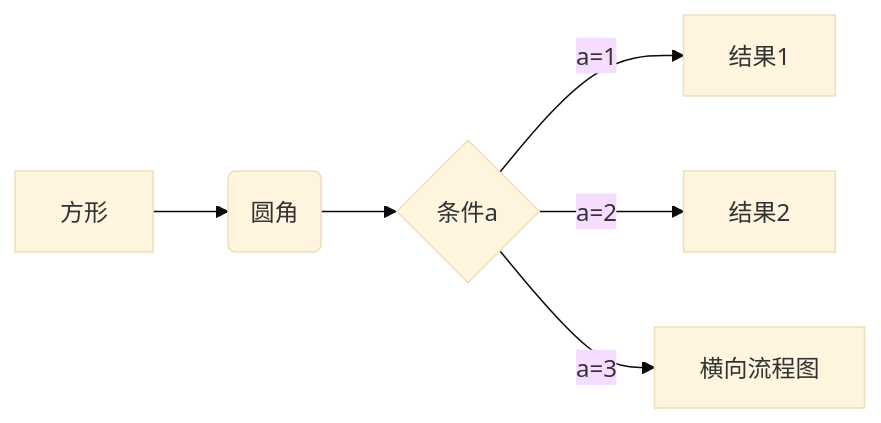
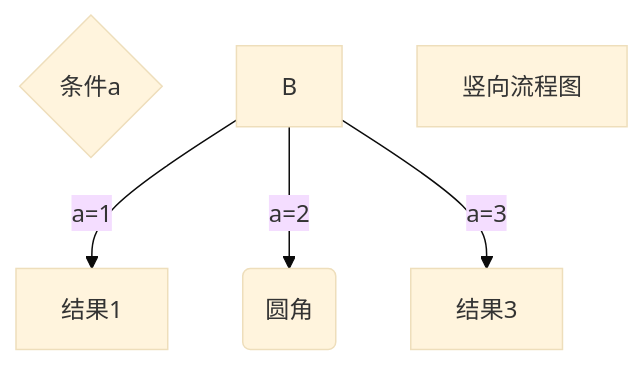
Before and after one commit to YiPianYe/tw: the diagram in pages/contact.md, drawn with Mermaid (base theme). The commit also changed other lines of this file, not shown here.

````diff
--- a/pages/contact.md
+++ b/pages/contact.md
@@ -8,9 +8,8 @@
 ```mermaid
-graph LR
-A[方形] -->B(圆角)
-    B --> C{条件a}
-    C -->|a=1| D[结果1]
-    C -->|a=2| E[结果2]
-    C -->|a=3| F[结果3]
-    F[横向流程图]
+graph TD
+A{条件a}
+    B --> |a=1| D[结果1]
+    B --> |a=2| E(圆角)
+    B --> |a=3| F[结果3]
+    C[竖向流程图]
 ```
````
